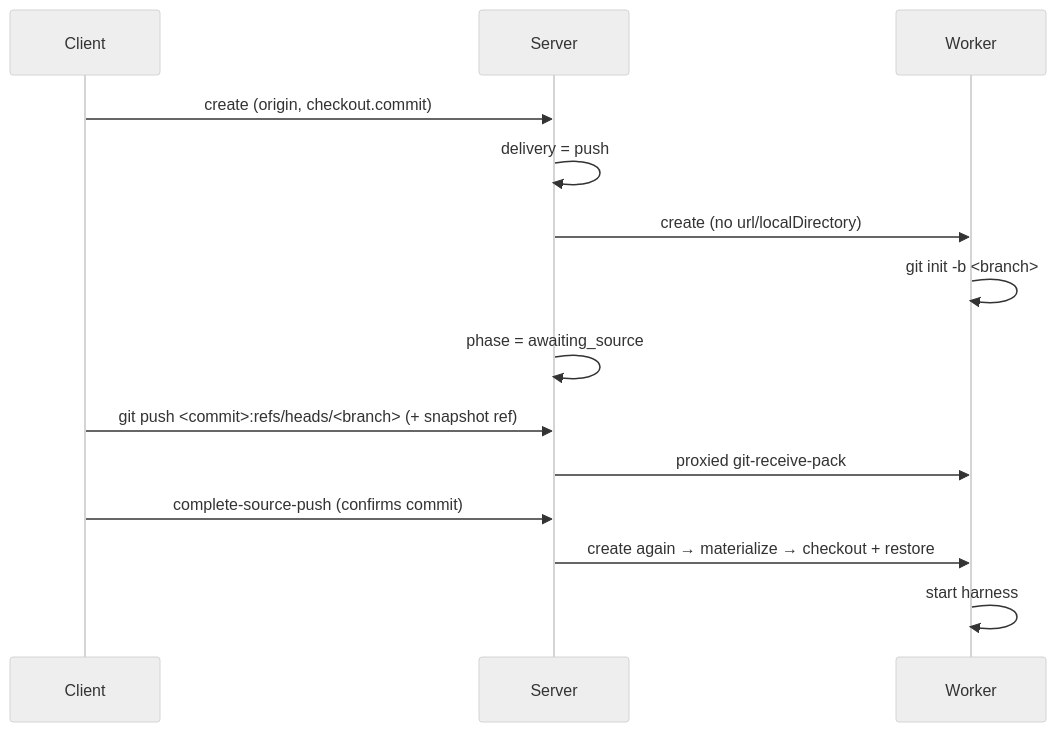
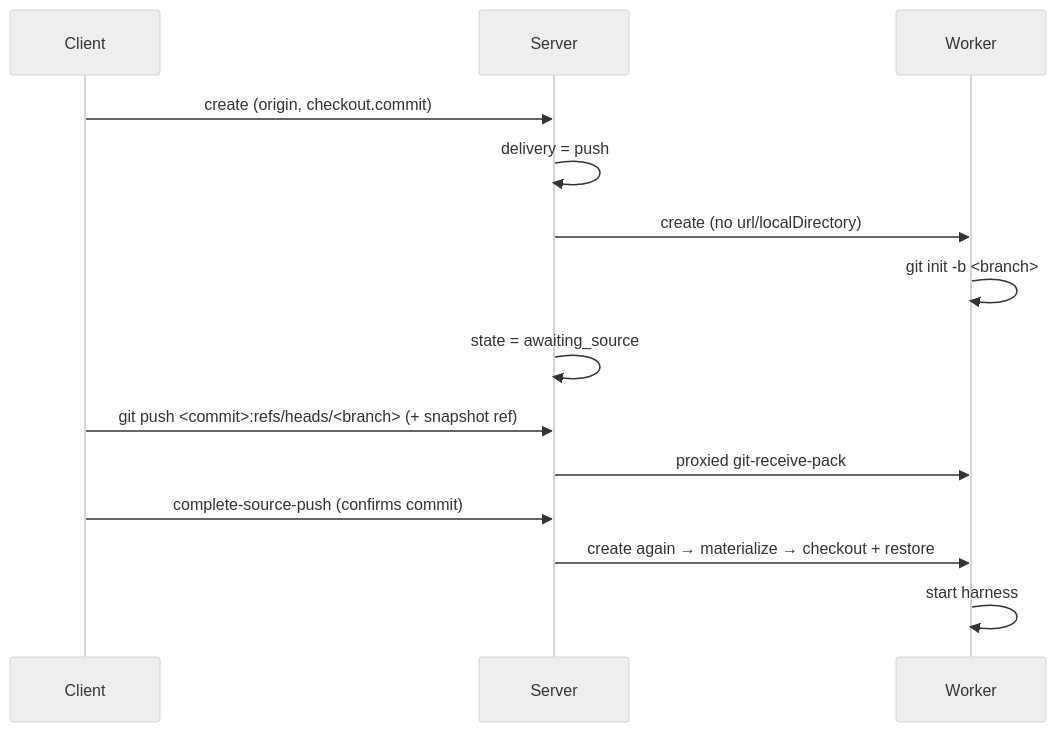
Before and after one commit to discobox-ai/discobox: the second of 2 diagrams in server/internal/resources/sandboxes/DESIGN.md, drawn with Mermaid (neutral theme). The commit also changed other lines of this file and 118 other files, not shown here.

````diff
--- a/server/internal/resources/sandboxes/DESIGN.md
+++ b/server/internal/resources/sandboxes/DESIGN.md
@@ -45,16 +73,16 @@
 ```mermaid
 sequenceDiagram
     participant C as Client
     participant S as Server
     participant W as Worker
     C->>S: create (origin, checkout.commit)
     S->>S: delivery = push
     S->>W: create (no url/localDirectory)
     W->>W: git init -b <branch>
-    S->>S: phase = awaiting_source
+    S->>S: state = awaiting_source
     C->>S: git push <commit>:refs/heads/<branch> (+ snapshot ref)
     S->>W: proxied git-receive-pack
     C->>S: complete-source-push (confirms commit)
     S->>W: create again → materialize → checkout + restore
     W->>W: start harness
 ```
````
